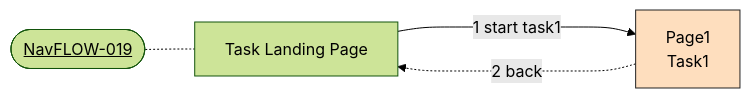
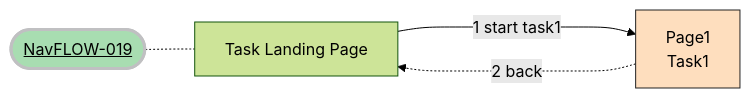
Diagram 19 of 20 in Navigation.md (hmrc/gform-frontend), drawn with Mermaid before and after one commit. The commit also changed other lines of this file, not shown here.

````diff
--- a/Navigation.md
+++ b/Navigation.md
@@ -654,11 +654,12 @@
 ```mermaid
 %%{init: {'theme': 'forest', "flowchart" : { "curve" : "basis" } } }%%
 graph LR;
-    title([<u>NavFLOW-019</u><br>])
+    title([<u>NavFLOW-019</u>])
     title -.- TaskLandingPage["Task Landing Page"]
     TaskLandingPage ----> |1 start task1| Task1Page1["Page1</br>Task1"]
     Task1Page1 -.2 back.-> TaskLandingPage
     classDef orange fill:#fedebe,stroke:#222,stroke-width:1px
     class Task1Page1 orange
+    classDef greenTitle fill:#a8ddb1 ,stroke:#c0c0c2,stroke-width:3px
     class title greenTitle
 ```
````
